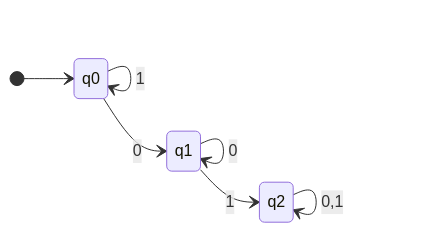
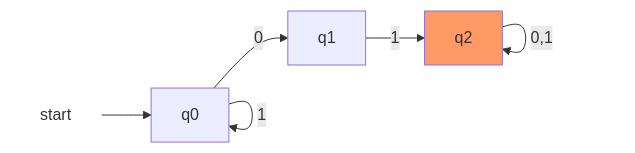
The third of 5 diagrams in md/自动机理论.md (leaderli/obsidian), drawn with Mermaid before and after one commit. The commit also changed other lines of this file and 4 other files, not shown here.

````diff
--- a/md/自动机理论.md
+++ b/md/自动机理论.md
@@ -96,10 +87,11 @@
    ```mermaid
-   stateDiagram-v2
-   direction LR
-   [*] --> q0
-   q0-->q1:0
-   q0-->q0:1
-   q1-->q1:0
-   q1-->q2:1
-   q2-->q2:0,1
+   graph LR
+	  start-->q0
+	  q0-- 1 -->q0
+	  q0-- 0 -->q1
+	  q1-- 1 -->q2:::terminal
+	  q2-- 0,1 -->q2
+	  
+	  style start fill:#fff ,stroke:#fff;
+	  classDef terminal fill:#f96;
    ```
````
